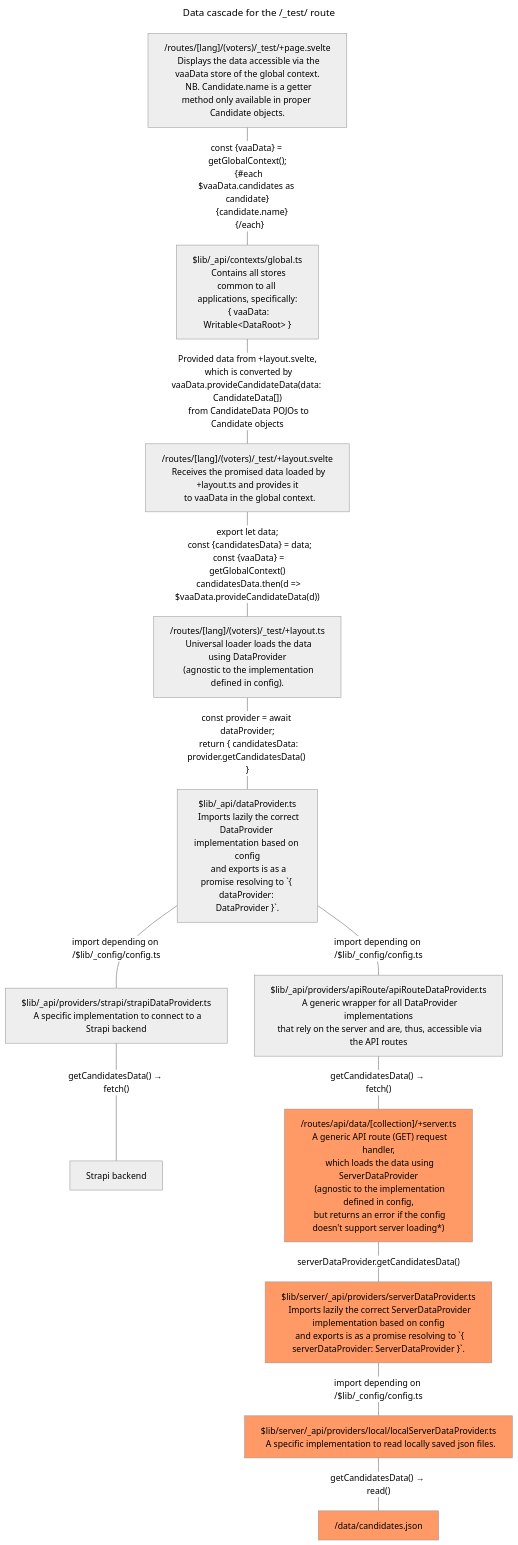
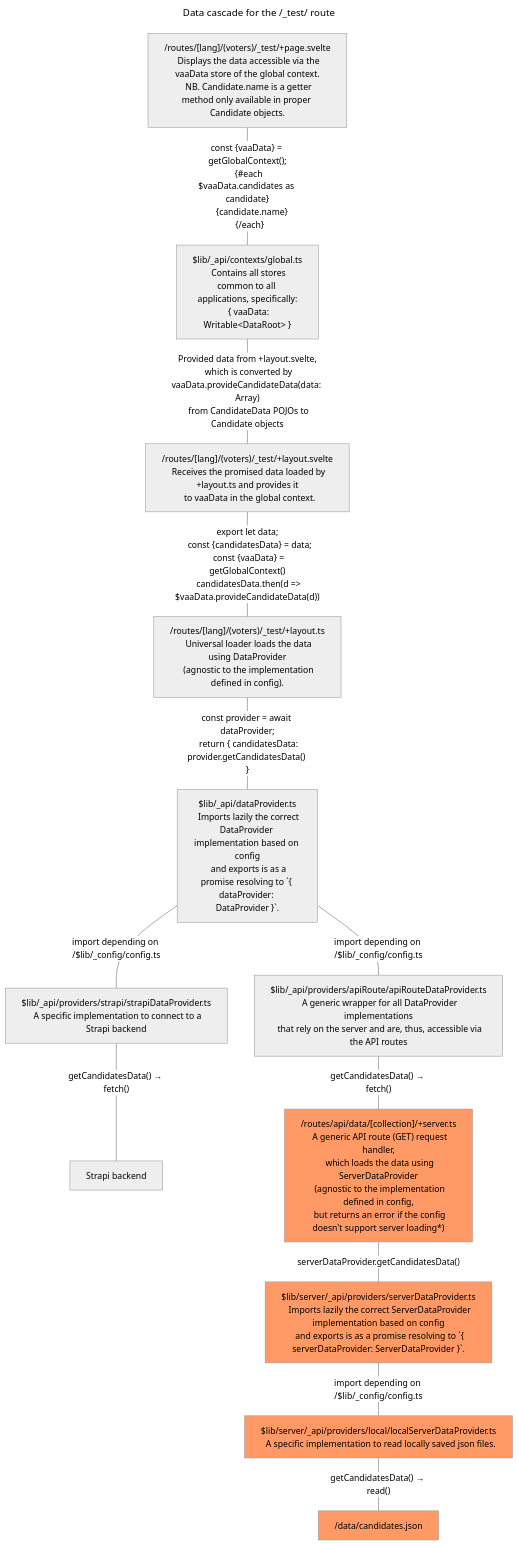
One commit to OpenVAA/voting-advice-application changed the diagram in frontend/src/lib/_api/README.md. Above: the diagram before and after it, drawn with Mermaid (neutral theme). The commit also changed other lines of this file and 69 other files, not shown here.

````diff
--- a/frontend/src/lib/_api/README.md
+++ b/frontend/src/lib/_api/README.md
@@ -19,56 +60,56 @@
 ```mermaid
 ---
 title: Data cascade for the /_test/ route
 ---
 flowchart TD
 
   A["/routes/[lang]/(voters)/_test/+page.svelte
   Displays the data accessible via the vaaData store of the global context.
   NB. Candidate.name is a getter method only available in proper Candidate objects."]
   ---|"const {vaaData} = getGlobalContext();
   {#each $vaaData.candidates as candidate}
     {candidate.name}
   {/each}"|A2["$lib/_api/contexts/global.ts
   Contains all stores common to all applications, specifically:
   { vaaData: Writable&lt;DataRoot&gt; }"]
   ---|"Provided data from +layout.svelte,
-  which is converted by vaaData.provideCandidateData(data: CandidateData[])
+  which is converted by vaaData.provideCandidateData(data: Array<CandidateData>)
   from CandidateData POJOs to Candidate objects"|B["/routes/[lang]/(voters)/_test/+layout.svelte
   Receives the promised data loaded by +layout.ts and provides it
   to vaaData in the global context."];
 
   B
   ---|"export let data;
   const {candidatesData} = data;
   const {vaaData} = getGlobalContext()
   candidatesData.then(d => $vaaData.provideCandidateData(d))"|C["/routes/[lang]/(voters)/_test/+layout.ts
   Universal loader loads the data using DataProvider
   (agnostic to the implementation defined in config)."]
   ---|"const provider = await dataProvider;
   return { candidatesData: provider.getCandidatesData() }"|D["$lib/_api/dataProvider.ts
   Imports lazily the correct DataProvider implementation based on config
   and exports is as a promise resolving to `{ dataProvider: DataProvider }`."];
 
   D
   ---|"import depending on /$lib/_config/config.ts"|E["$lib/_api/providers/strapi/strapiDataProvider.ts
   A specific implementation to connect to a Strapi backend"]
   ---|"getCandidatesData() → fetch()"|F["Strapi backend"];
 
   D
   ---|"import depending on /$lib/_config/config.ts"|G["$lib/_api/providers/apiRoute/apiRouteDataProvider.ts
   A generic wrapper for all DataProvider implementations
   that rely on the server and are, thus, accessible via the API routes"]
   ---|"getCandidatesData() → fetch()"|H["/routes/api/data/[collection]/+server.ts
   A generic API route (GET) request handler,
   which loads the data using ServerDataProvider
   (agnostic to the implementation defined in config,
   but returns an error if the config doesn't support server loading*)"]:::ssr
   ---|"serverDataProvider.getCandidatesData()"|I["$lib/server/_api/providers/serverDataProvider.ts
   Imports lazily the correct ServerDataProvider implementation based on config
   and exports is as a promise resolving to `{ serverDataProvider: ServerDataProvider }`."]:::ssr
   ---|"import depending on /$lib/_config/config.ts"|J["$lib/server/_api/providers/local/localServerDataProvider.ts
   A specific implementation to read locally saved json files."]:::ssr
   ---|"getCandidatesData() → read()"|K["/data/candidates.json"]:::ssr;
 
   classDef ssr fill:#f96
 ```
````
